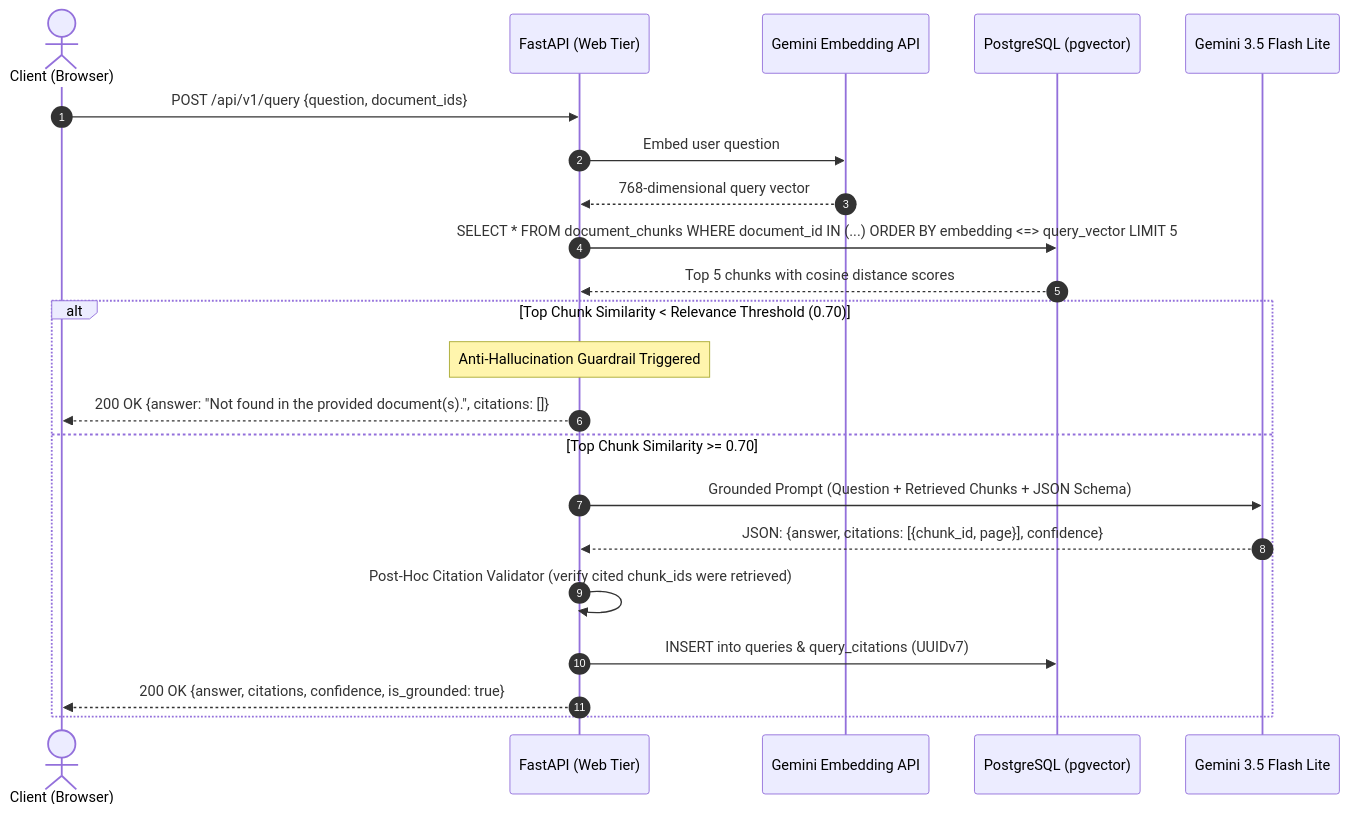
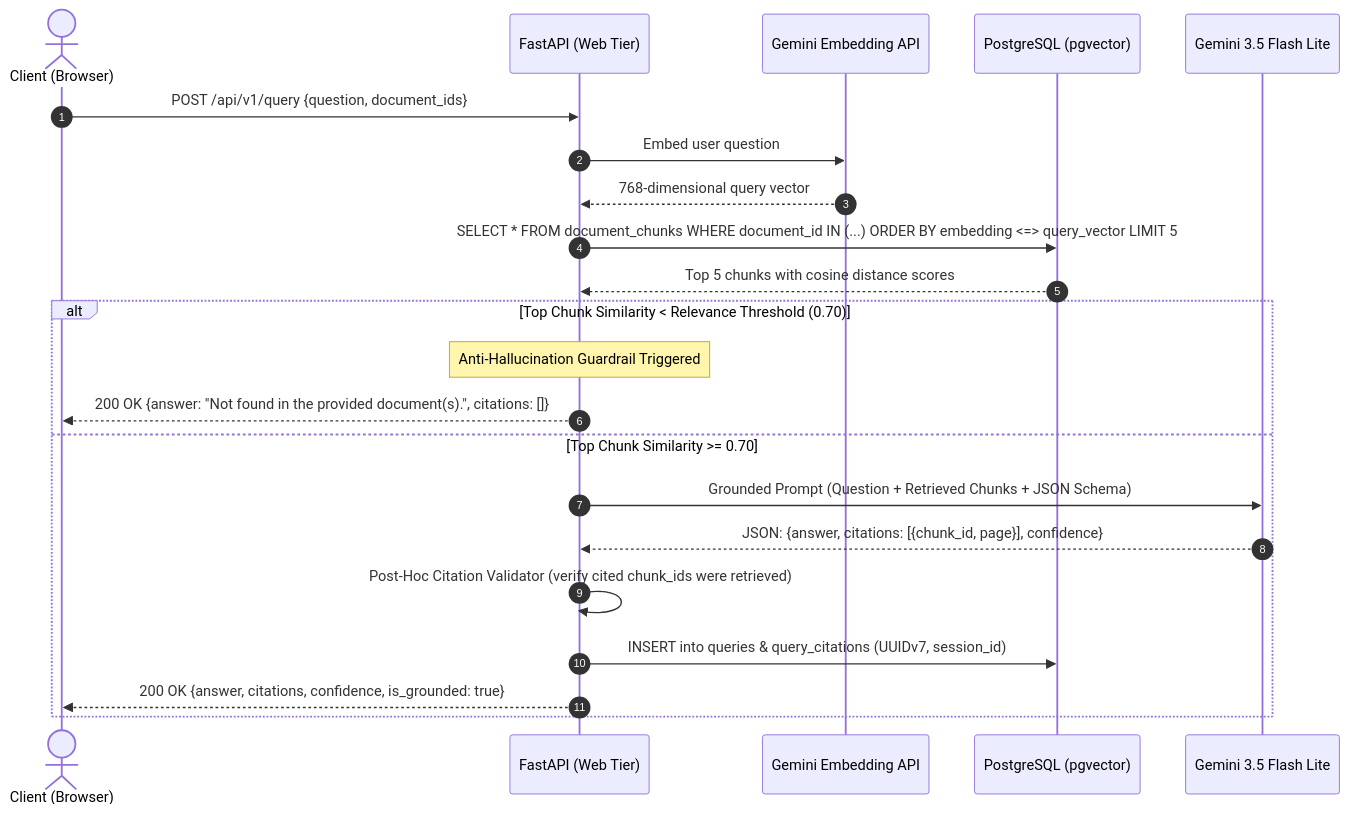
Before and after one commit to ConsoleCzar-2/Scanity: the fourth of 5 diagrams in docs/UML.md, drawn with Mermaid. The commit also changed other lines of this file and 17 other files, not shown here.

````diff
--- a/docs/UML.md
+++ b/docs/UML.md
@@ -193,28 +193,28 @@
 ```mermaid
 sequenceDiagram
     autonumber
     actor User as Client (Browser)
     participant API as FastAPI (Web Tier)
     participant GeminiEmbed as Gemini Embedding API
     participant DB as PostgreSQL (pgvector)
     participant GeminiLLM as Gemini 3.5 Flash Lite
 
     User->>API: POST /api/v1/query {question, document_ids}
     API->>GeminiEmbed: Embed user question
     GeminiEmbed-->>API: 768-dimensional query vector
     
     API->>DB: SELECT * FROM document_chunks WHERE document_id IN (...) ORDER BY embedding <=> query_vector LIMIT 5
     DB-->>API: Top 5 chunks with cosine distance scores
 
     alt Top Chunk Similarity < Relevance Threshold (0.70)
         Note over API: Anti-Hallucination Guardrail Triggered
         API-->>User: 200 OK {answer: "Not found in the provided document(s).", citations: []}
     else Top Chunk Similarity >= 0.70
         API->>GeminiLLM: Grounded Prompt (Question + Retrieved Chunks + JSON Schema)
         GeminiLLM-->>API: JSON: {answer, citations: [{chunk_id, page}], confidence}
         
         API->>API: Post-Hoc Citation Validator (verify cited chunk_ids were retrieved)
-        API->>DB: INSERT into queries & query_citations (UUIDv7)
+        API->>DB: INSERT into queries & query_citations (UUIDv7, session_id)
         API-->>User: 200 OK {answer, citations, confidence, is_grounded: true}
     end
 ```
````
